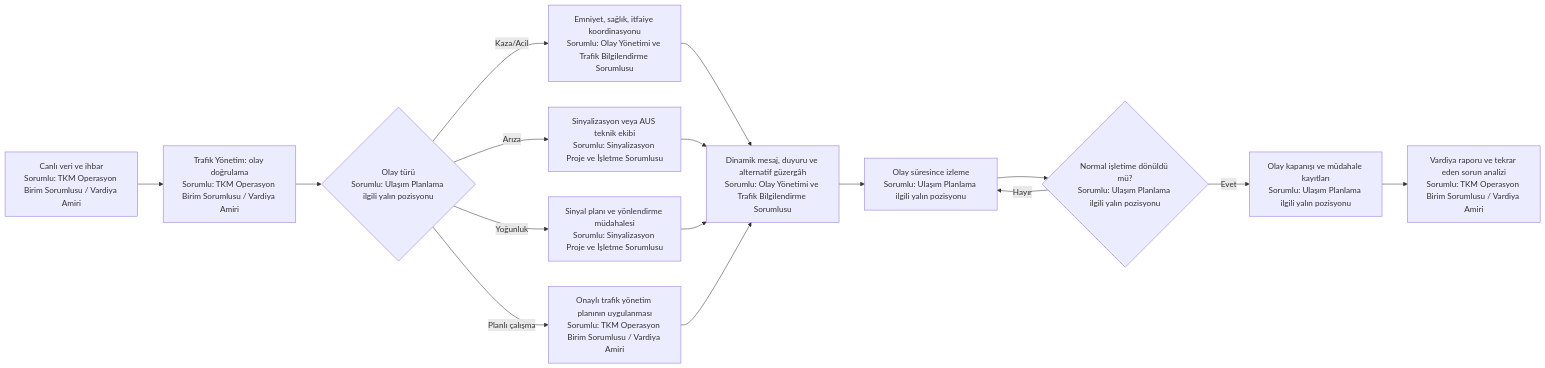
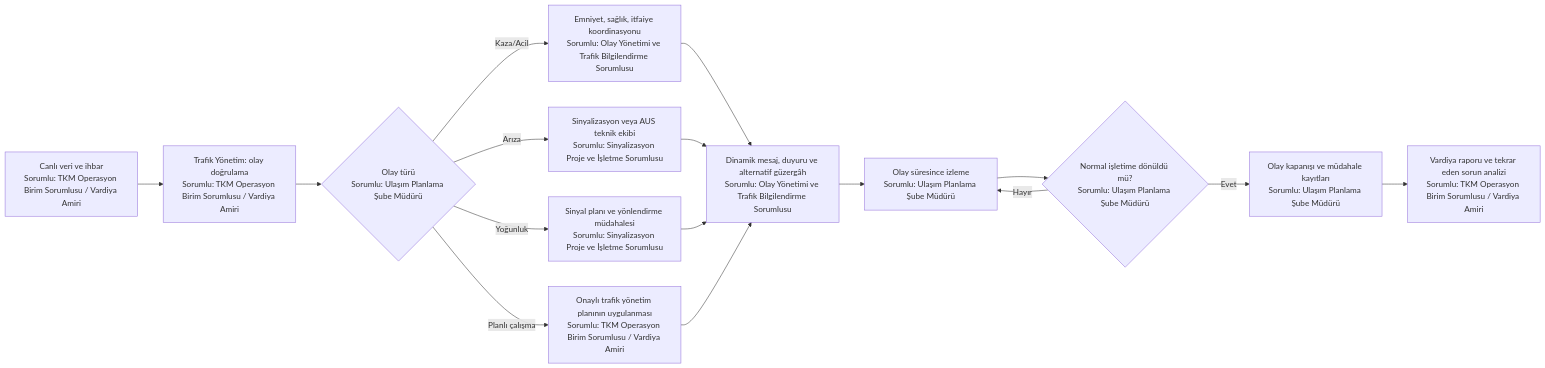
Before and after one commit to merdaergen-create/Ulasim_Dairesi_Is_Analizi: the sixth of 6 diagrams in 11_yalin_surec_haritalari_sorumlulari_belirtilmis/trafik_planlama/README.md, drawn with Mermaid. The commit also changed other lines of this file and 9 other files, not shown here.

Commit message:
Yalın süreç haritalarını koruyarak kesin sorumlu pozisyonları ekle

````diff
--- a/11_yalin_surec_haritalari_sorumlulari_belirtilmis/trafik_planlama/README.md
+++ b/11_yalin_surec_haritalari_sorumlulari_belirtilmis/trafik_planlama/README.md
@@ -202,18 +202,18 @@
 ```mermaid
 flowchart LR
     A[Canlı veri ve ihbar<br/>Sorumlu: TKM Operasyon Birim Sorumlusu / Vardiya Amiri] --> B[Trafik Yönetim: olay doğrulama<br/>Sorumlu: TKM Operasyon Birim Sorumlusu / Vardiya Amiri]
-    B --> C{Olay türü<br/>Sorumlu: Ulaşım Planlama ilgili yalın pozisyonu}
+    B --> C{Olay türü<br/>Sorumlu: Ulaşım Planlama Şube Müdürü}
     C -- Kaza/Acil --> D[Emniyet, sağlık, itfaiye koordinasyonu<br/>Sorumlu: Olay Yönetimi ve Trafik Bilgilendirme Sorumlusu]
     C -- Arıza --> E[Sinyalizasyon veya AUS teknik ekibi<br/>Sorumlu: Sinyalizasyon Proje ve İşletme Sorumlusu]
     C -- Yoğunluk --> F[Sinyal planı ve yönlendirme müdahalesi<br/>Sorumlu: Sinyalizasyon Proje ve İşletme Sorumlusu]
     C -- Planlı çalışma --> G[Onaylı trafik yönetim planının uygulanması<br/>Sorumlu: TKM Operasyon Birim Sorumlusu / Vardiya Amiri]
     D --> H[Dinamik mesaj, duyuru ve alternatif güzergâh<br/>Sorumlu: Olay Yönetimi ve Trafik Bilgilendirme Sorumlusu]
     E --> H
     F --> H
     G --> H
-    H --> I[Olay süresince izleme<br/>Sorumlu: Ulaşım Planlama ilgili yalın pozisyonu]
-    I --> J{Normal işletime dönüldü mü?<br/>Sorumlu: Ulaşım Planlama ilgili yalın pozisyonu}
+    H --> I[Olay süresince izleme<br/>Sorumlu: Ulaşım Planlama Şube Müdürü]
+    I --> J{Normal işletime dönüldü mü?<br/>Sorumlu: Ulaşım Planlama Şube Müdürü}
     J -- Hayır --> I
-    J -- Evet --> K[Olay kapanışı ve müdahale kayıtları<br/>Sorumlu: Ulaşım Planlama ilgili yalın pozisyonu]
+    J -- Evet --> K[Olay kapanışı ve müdahale kayıtları<br/>Sorumlu: Ulaşım Planlama Şube Müdürü]
     K --> L[Vardiya raporu ve tekrar eden sorun analizi<br/>Sorumlu: TKM Operasyon Birim Sorumlusu / Vardiya Amiri]
 ```
````
